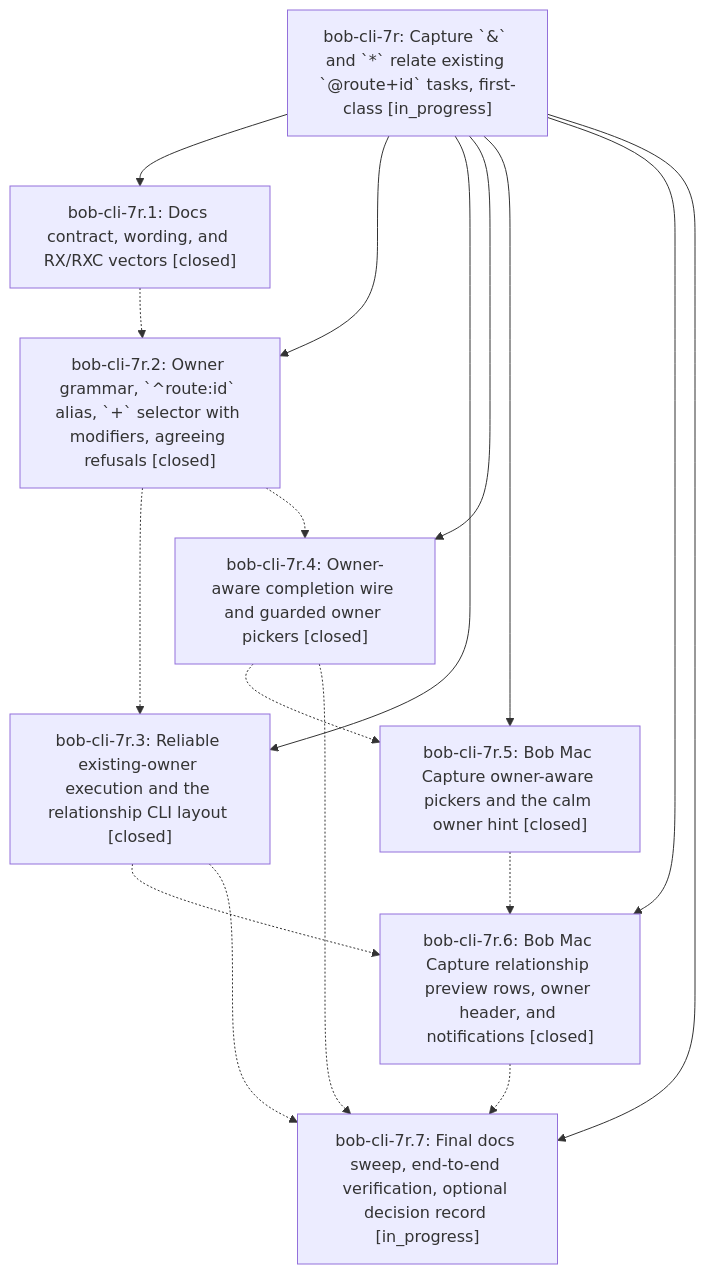
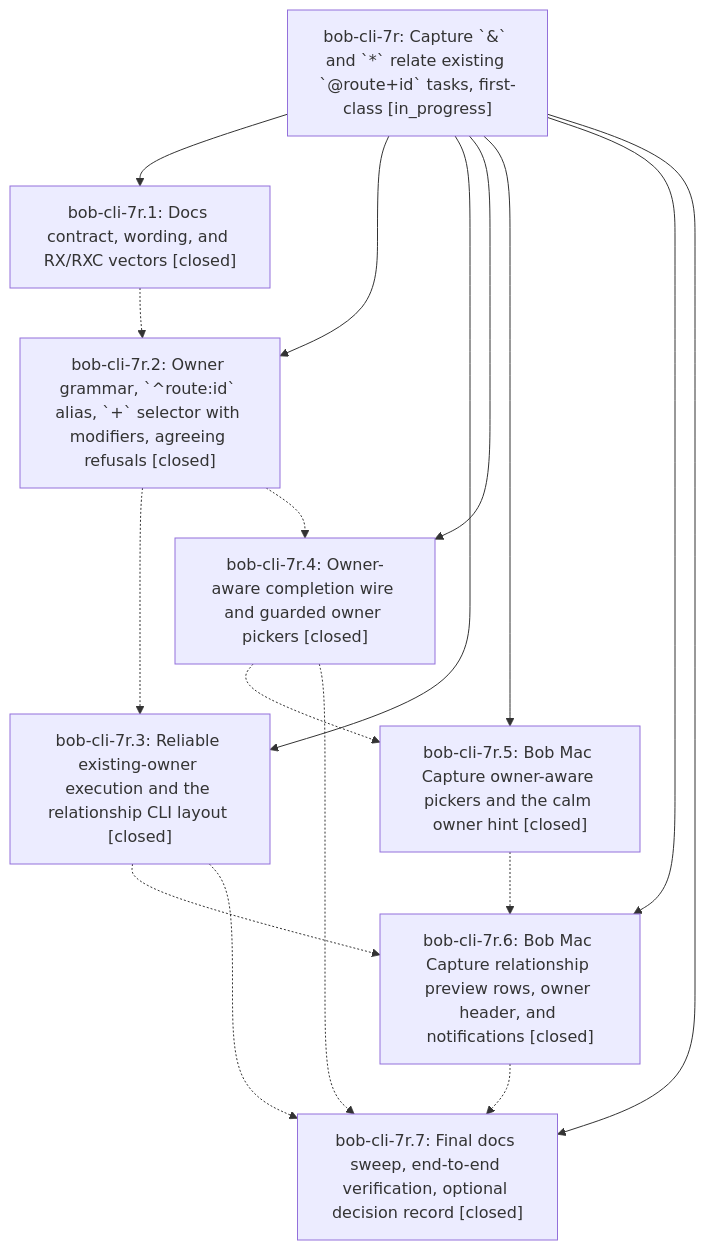
The diagram in pages/bob-cli-7r/README.md (bobs-org/bob-cli--beads), drawn with Mermaid before and after one commit. The commit also changed other lines of this file and 4 other files, not shown here.

First line of the commit message:
chore(beads): sync bead state and pages for bob-cli-7r

````diff
--- a/pages/bob-cli-7r/README.md
+++ b/pages/bob-cli-7r/README.md
@@ -42,27 +42,27 @@
 ```mermaid
 flowchart TD
     n0["bob-cli-7r: Capture `&` and `*` relate existing `@route+id` tasks, first-class [in_progress]"]
     n1["bob-cli-7r.1: Docs contract, wording, and RX/RXC vectors [closed]"]
     n2["bob-cli-7r.2: Owner grammar, `^route:id` alias, `+` selector with modifiers, agreeing refusals [closed]"]
     n3["bob-cli-7r.3: Reliable existing-owner execution and the relationship CLI layout [closed]"]
     n4["bob-cli-7r.4: Owner-aware completion wire and guarded owner pickers [closed]"]
     n5["bob-cli-7r.5: Bob Mac Capture owner-aware pickers and the calm owner hint [closed]"]
     n6["bob-cli-7r.6: Bob Mac Capture relationship preview rows, owner header, and notifications [closed]"]
-    n7["bob-cli-7r.7: Final docs sweep, end-to-end verification, optional decision record [in_progress]"]
+    n7["bob-cli-7r.7: Final docs sweep, end-to-end verification, optional decision record [closed]"]
     n0 --> n1
     n0 --> n2
     n0 --> n3
     n0 --> n4
     n0 --> n5
     n0 --> n6
     n0 --> n7
     n1 -.-> n2
     n2 -.-> n3
     n2 -.-> n4
     n3 -.-> n6
     n3 -.-> n7
     n4 -.-> n5
     n4 -.-> n7
     n5 -.-> n6
     n6 -.-> n7
 ```
````
